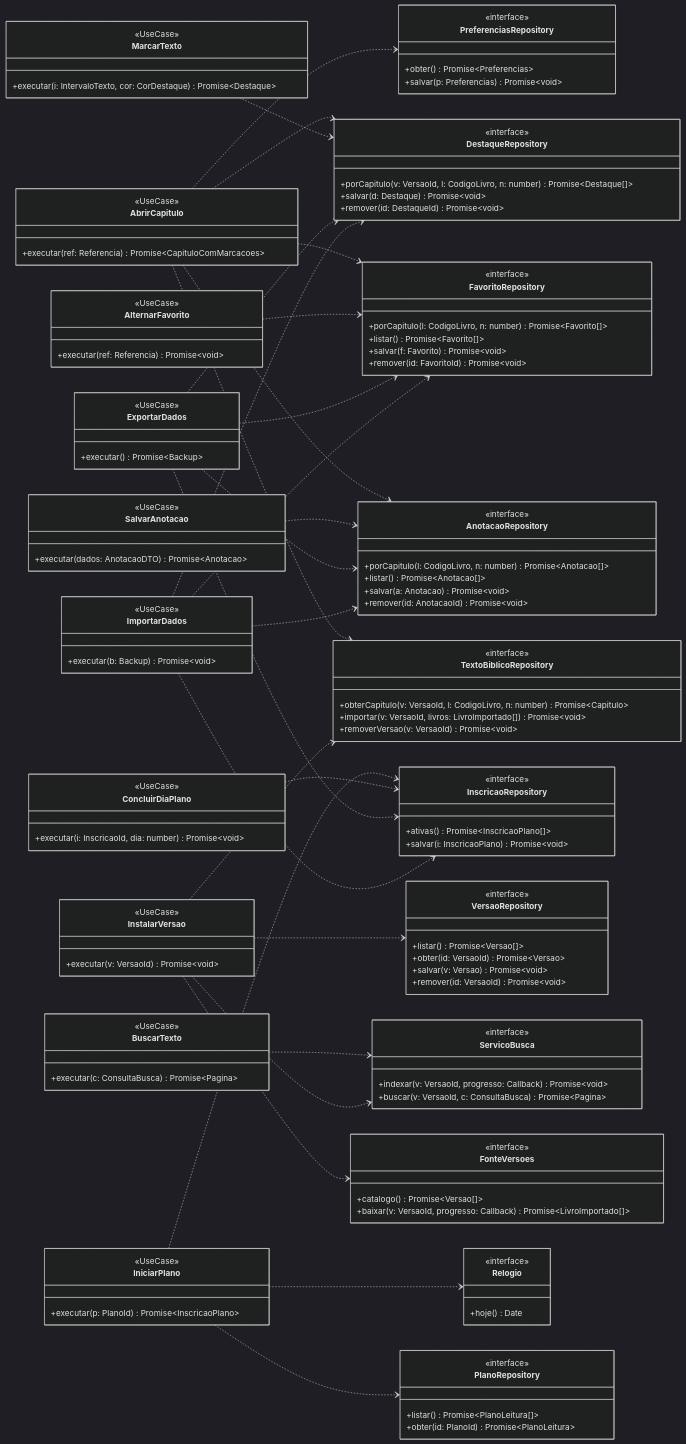
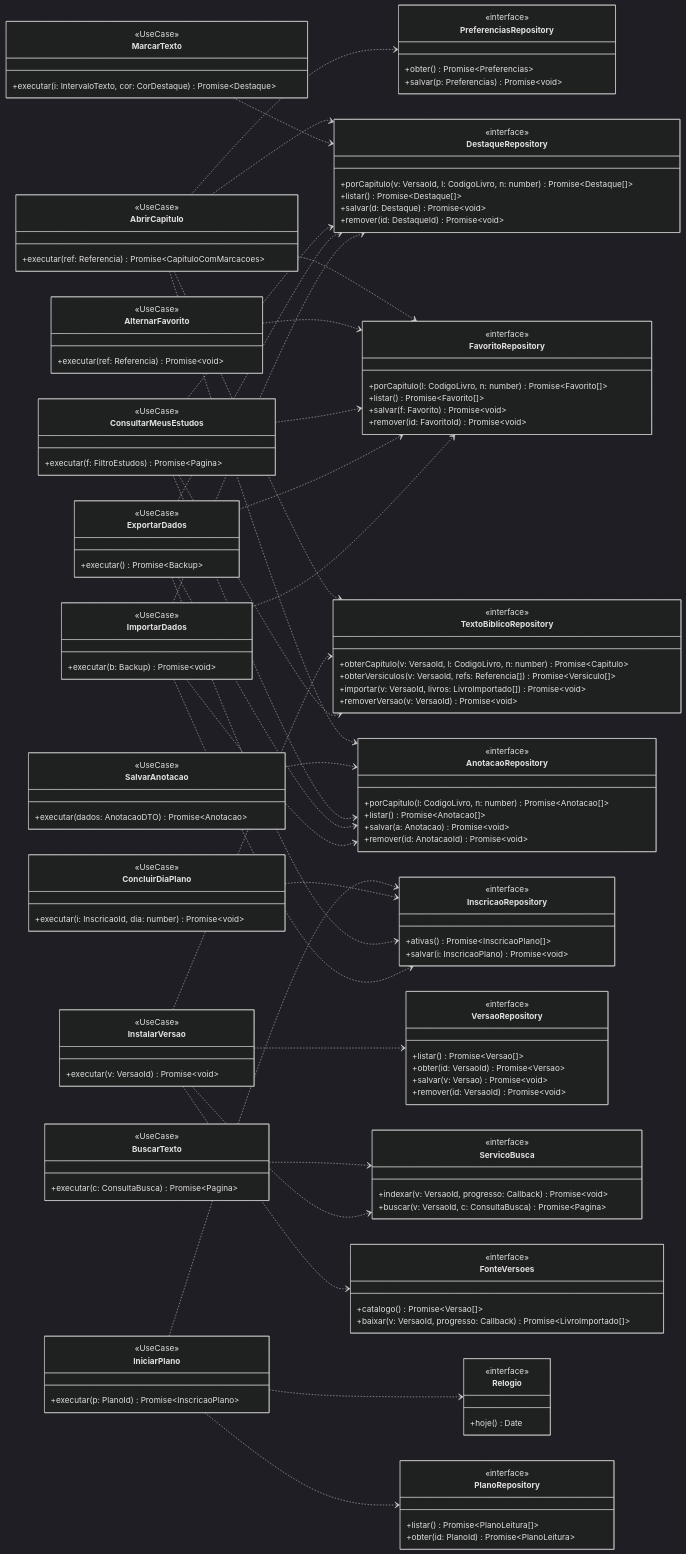
One commit to edioilha/biblia-app changed the seventh of 7 diagrams in docs/04-modelo-dominio.md. Above: the diagram before and after it, drawn with Mermaid (dark theme). The commit also changed other lines of this file and 3 other files, not shown here.

First line of the commit message:
docs: adiciona Meus Estudos (F10, RF09, UC13) aos documentos 01–04

```diff
--- a/docs/04-modelo-dominio.md
+++ b/docs/04-modelo-dominio.md
@@ -439,6 +487,7 @@
     class TextoBiblicoRepository {
         <<interface>>
         +obterCapitulo(v: VersaoId, l: CodigoLivro, n: number) Promise~Capitulo~
+        +obterVersiculos(v: VersaoId, refs: Referencia[]) Promise~Versiculo[]~
         +importar(v: VersaoId, livros: LivroImportado[]) Promise~void~
         +removerVersao(v: VersaoId) Promise~void~
     }
@@ -452,6 +501,7 @@
     class DestaqueRepository {
         <<interface>>
         +porCapitulo(v: VersaoId, l: CodigoLivro, n: number) Promise~Destaque[]~
+        +listar() Promise~Destaque[]~
         +salvar(d: Destaque) Promise~void~
         +remover(id: DestaqueId) Promise~void~
     }
@@ -524,6 +574,10 @@
         <<UseCase>>
         +executar(v: VersaoId) Promise~void~
     }
+    class ConsultarMeusEstudos {
+        <<UseCase>>
+        +executar(f: FiltroEstudos) Promise~Pagina~
+    }
     class ExportarDados {
         <<UseCase>>
         +executar() Promise~Backup~
@@ -550,6 +604,10 @@
     InstalarVersao ..> VersaoRepository
     InstalarVersao ..> TextoBiblicoRepository
     InstalarVersao ..> ServicoBusca
+    ConsultarMeusEstudos ..> FavoritoRepository
+    ConsultarMeusEstudos ..> DestaqueRepository
+    ConsultarMeusEstudos ..> AnotacaoRepository
+    ConsultarMeusEstudos ..> TextoBiblicoRepository
     ExportarDados ..> FavoritoRepository
     ExportarDados ..> DestaqueRepository
     ExportarDados ..> AnotacaoRepository
```
